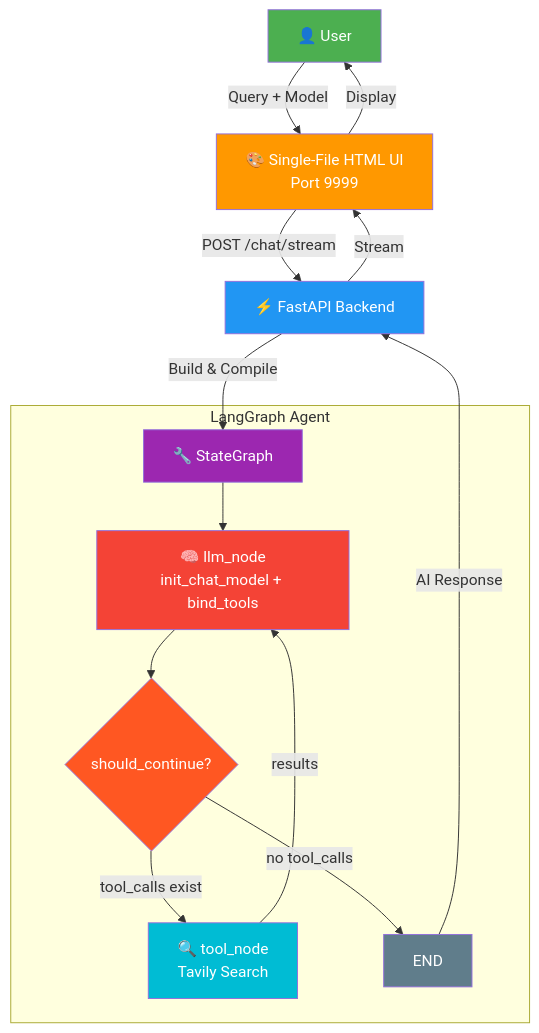
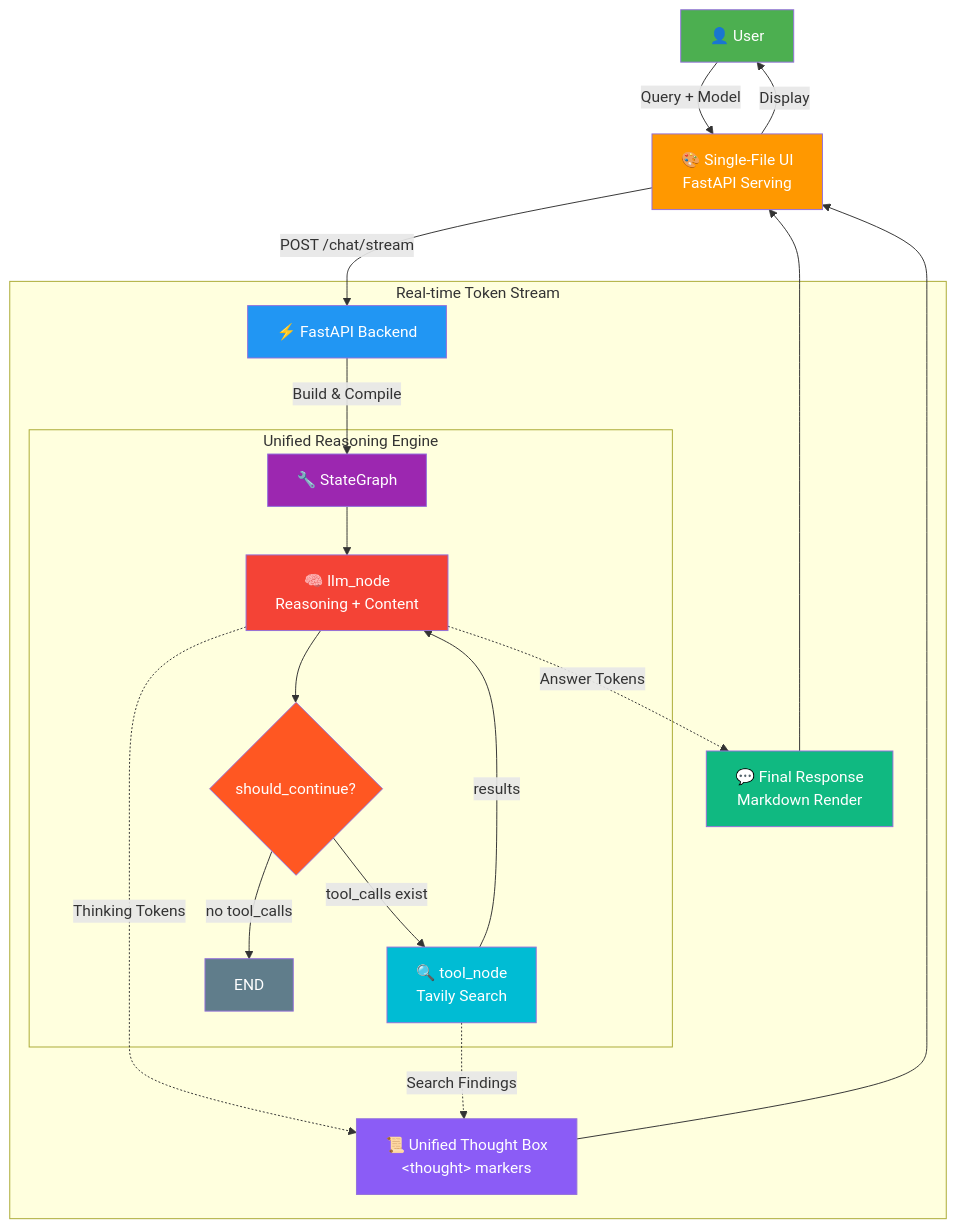
One commit to farhanrhine/multi-ai-agent-gcp changed the first of 2 diagrams in readme.md. Above: the diagram before and after it, drawn with Mermaid. The commit also changed other lines of this file, not shown here.

Commit message:
docs: Refine README feature descriptions, update the architectural flowchart to detail streaming and thought processes, and adjust the GCP deployment port.

````diff
--- a/readme.md
+++ b/readme.md
@@ -25,27 +26,36 @@
 ```mermaid
 flowchart TD
-    A[👤 User] -->|Query + Model| B[🎨 Single-File HTML UI\nPort 9999]
+    A[👤 User] -->|Query + Model| B[🎨 Single-File UI\nFastAPI Serving]
     B -->|POST /chat/stream| C[⚡ FastAPI Backend]
+    
+    subgraph Stream Environment [Real-time Token Stream]
     C -->|Build & Compile| D[🔧 StateGraph]
 
-    subgraph LangGraph Agent
-        D --> E["🧠 llm_node\ninit_chat_model + bind_tools"]
+    subgraph LangGraph Agent [Unified Reasoning Engine]
+        D --> E["🧠 llm_node\nReasoning + Content"]
         E --> F{should_continue?}
         F -->|tool_calls exist| G["🔍 tool_node\nTavily Search"]
         G -->|results| E
         F -->|no tool_calls| H[END]
     end
+    
+    E -.->|Thinking Tokens| I["📜 Unified Thought Box\n&lt;thought&gt; markers"]
+    G -.->|Search Findings| I
+    E -.->|Answer Tokens| J["💬 Final Response\nMarkdown Render"]
+    end
 
-    H -->|AI Response| C
-    C -->|Stream| B
+    I --> B
+    J --> B
     B -->|Display| A
 
     style A fill:#4CAF50,color:#fff
     style B fill:#FF9800,color:#fff
     style C fill:#2196F3,color:#fff
     style D fill:#9C27B0,color:#fff
     style E fill:#F44336,color:#fff
     style F fill:#FF5722,color:#fff
     style G fill:#00BCD4,color:#fff
     style H fill:#607D8B,color:#fff
+    style I fill:#8b5cf6,color:#fff
+    style J fill:#10b981,color:#fff
 ```
````
